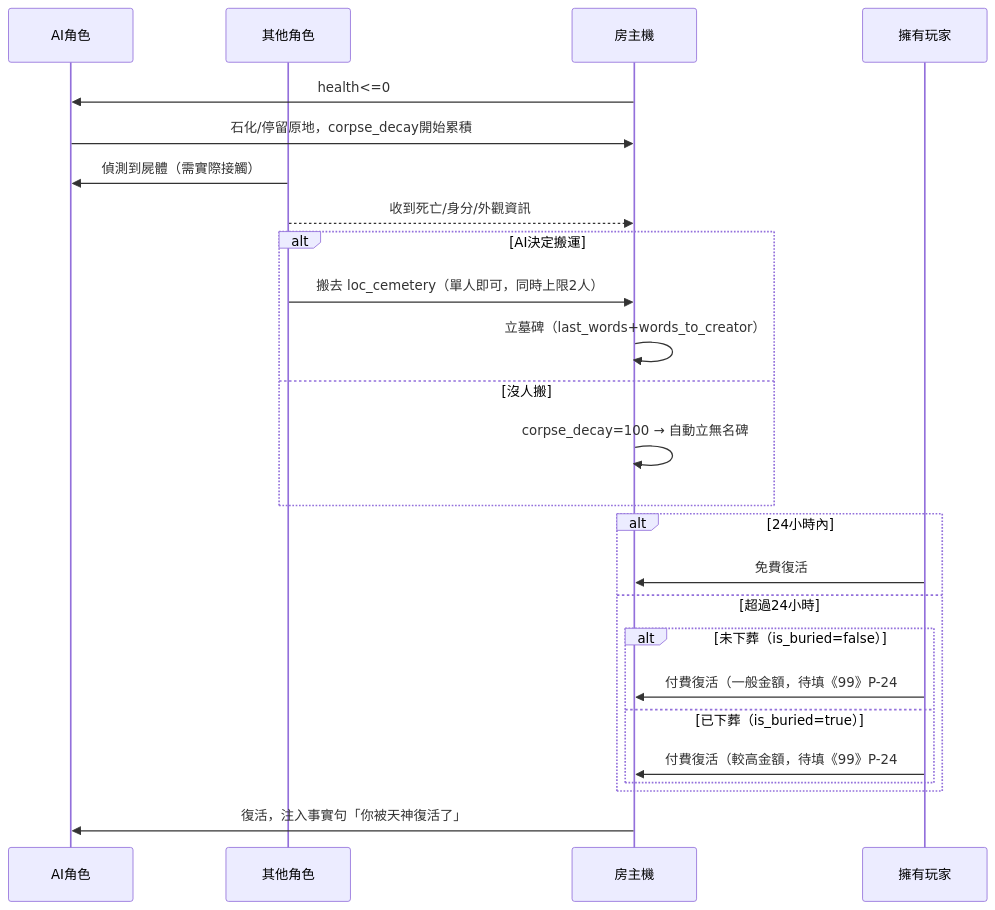
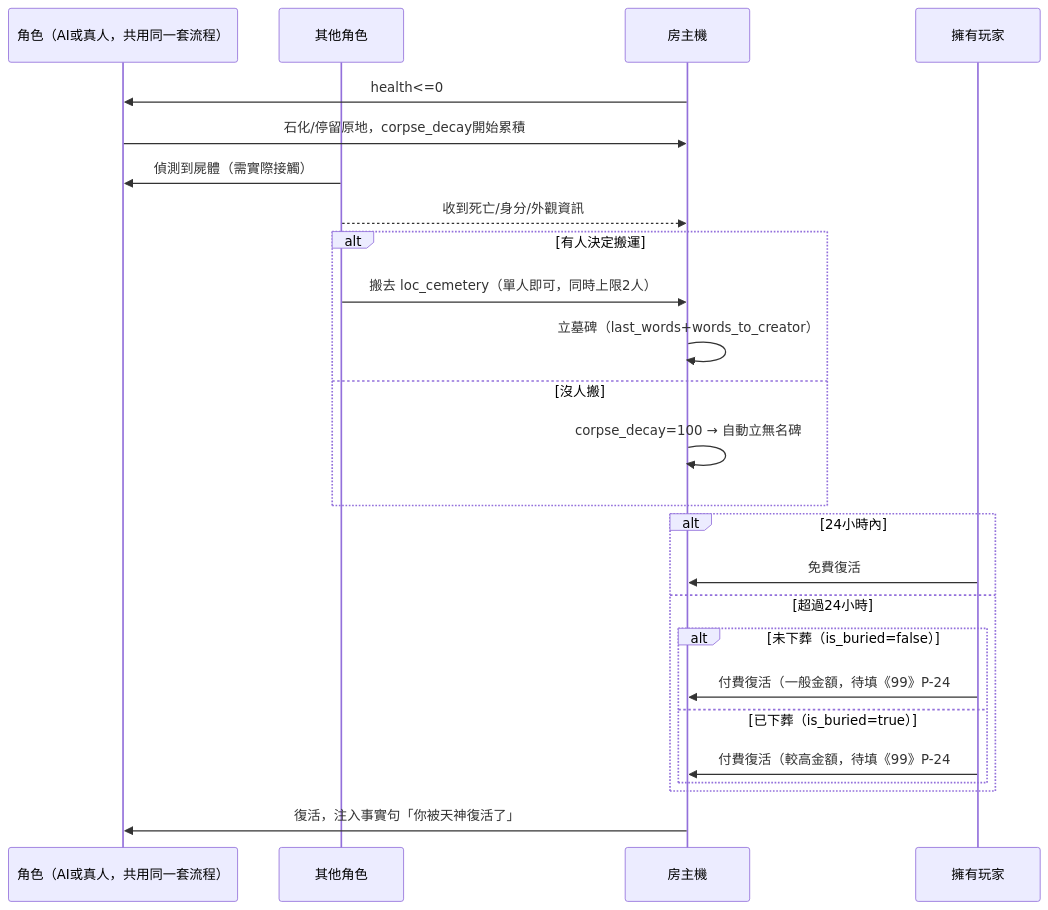
Before and after one commit to adez360/Ailley: the seventh of 7 diagrams in note/規格書/13_系統分析與系統設計.md, drawn with Mermaid. The commit also changed other lines of this file, not shown here.

Commit message:
docs: separate character/owner roles in death-revival diagram (#515)
《13》§4-2 序列圖把 Agent(AI角色)/Player(擁有玩家) 改成中性的
Character(死者)/Owner(付費者)——死者可以是AI也可以是真人角色，但付費的
永遠是擁有玩家，用 Agent/Player 這組名字會讓人誤以為只有AI角色死亡走這張圖。

Claude-Session: https://claude.ai/code/session_015zG21CYgE35nJPAPzhucTY

````diff
--- a/note/規格書/13_系統分析與系統設計.md
+++ b/note/規格書/13_系統分析與系統設計.md
@@ -312,28 +312,28 @@
 ```mermaid
 sequenceDiagram
-    participant Agent as AI角色
+    participant Character as 角色（AI或真人，共用同一套流程）
     participant Other as 其他角色
     participant World as 房主機
-    participant Player as 擁有玩家
+    participant Owner as 擁有玩家
 
-    World->>Agent: health<=0
-    Agent->>World: 石化/停留原地，corpse_decay開始累積
-    Other->>Agent: 偵測到屍體（需實際接觸）
+    World->>Character: health<=0
+    Character->>World: 石化/停留原地，corpse_decay開始累積
+    Other->>Character: 偵測到屍體（需實際接觸）
     Other-->>World: 收到死亡/身分/外觀資訊
-    alt AI決定搬運
+    alt 有人決定搬運
         Other->>World: 搬去 loc_cemetery（單人即可，同時上限2人）
         World->>World: 立墓碑（last_words+words_to_creator）
     else 沒人搬
         World->>World: corpse_decay=100 → 自動立無名碑
     end
     alt 24小時內
-        Player->>World: 免費復活
+        Owner->>World: 免費復活
     else 超過24小時
         alt 未下葬（is_buried=false）
-            Player->>World: 付費復活（一般金額，待填《99》P-24 #1）
+            Owner->>World: 付費復活（一般金額，待填《99》P-24 #1）
         else 已下葬（is_buried=true）
-            Player->>World: 付費復活（較高金額，待填《99》P-24 #1，不與一般金額疊加）
+            Owner->>World: 付費復活（較高金額，待填《99》P-24 #1，不與一般金額疊加）
         end
     end
-    World->>Agent: 復活，注入事實句「你被天神復活了」
+    World->>Character: 復活，注入事實句「你被天神復活了」
 ```
````
